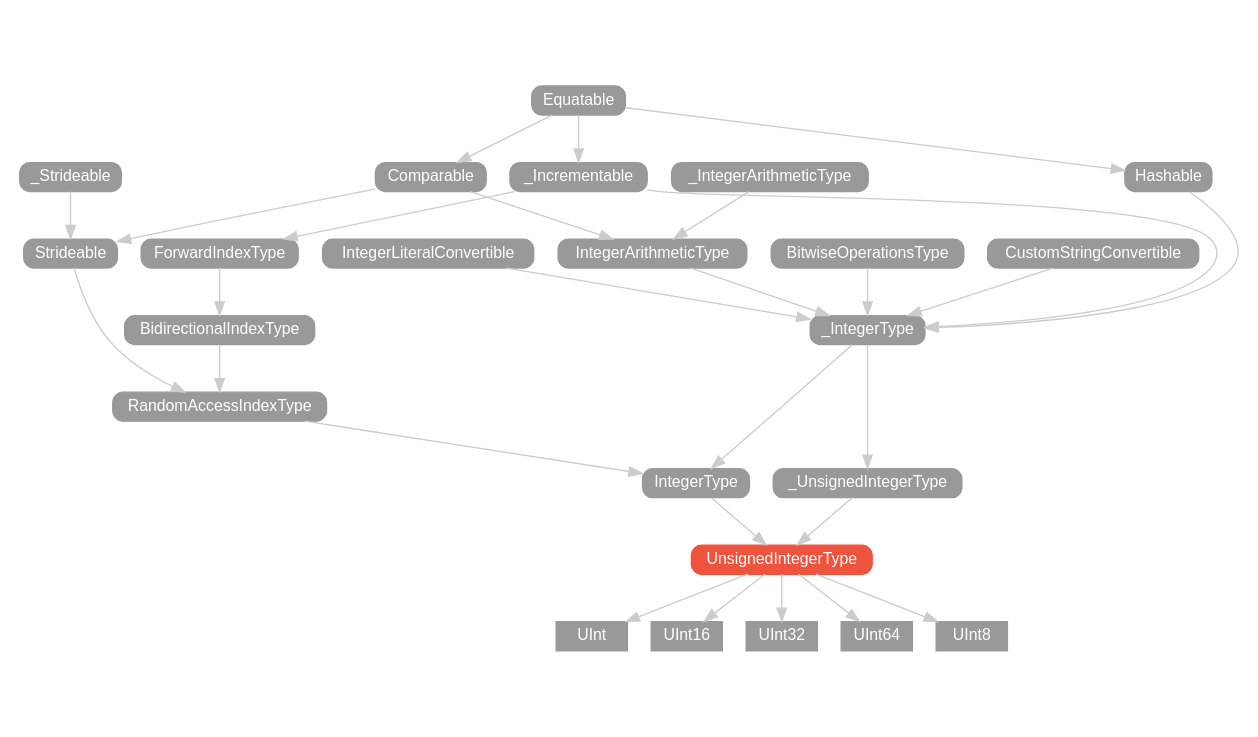
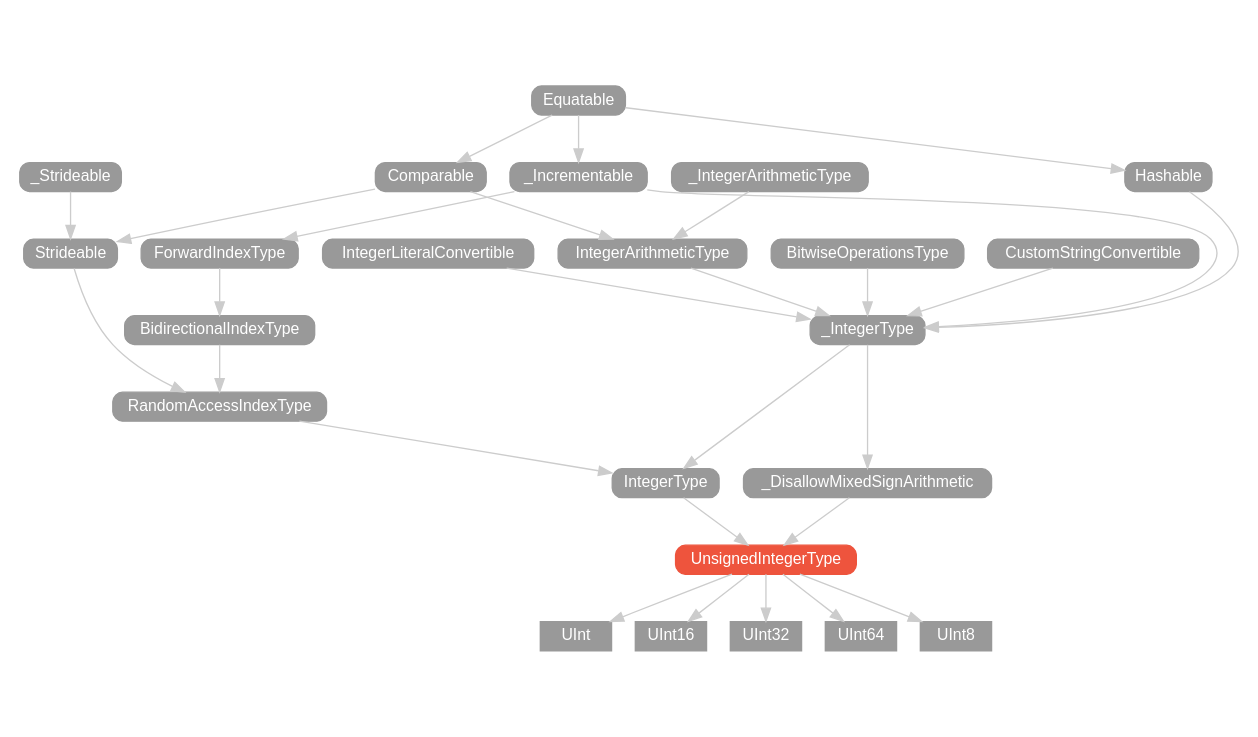
Before and after one commit to SwiftDocOrg/swiftdoc.org: the diagram in swift-2/protocol/UnsignedIntegerType/hierarchy/index.dot, drawn with Graphviz. The commit also changed 541 other files, not shown here.

```diff
--- a/swift-2/protocol/UnsignedIntegerType/hierarchy/index.dot
+++ b/swift-2/protocol/UnsignedIntegerType/hierarchy/index.dot
@@ -1,70 +1,70 @@
 strict digraph "UnsignedIntegerType - Type Hierarchy - SwiftDoc.org" {
     pad="0.1,0.8"
     node [shape=box, style="filled,rounded", color="#999999", fillcolor="#999999", fontcolor=white, fontname=Helvetica, fontnames="Helvetica,sansserif", fontsize=12, margin="0.07,0.05", height="0.3"]
     edge [color="#cccccc"]
     "BidirectionalIndexType" [URL="/protocol/BidirectionalIndexType/"]
     "BitwiseOperationsType" [URL="/protocol/BitwiseOperationsType/"]
     "Comparable" [URL="/protocol/Comparable/"]
     "CustomStringConvertible" [URL="/protocol/CustomStringConvertible/"]
     "Equatable" [URL="/protocol/Equatable/"]
     "ForwardIndexType" [URL="/protocol/ForwardIndexType/"]
     "Hashable" [URL="/protocol/Hashable/"]
     "IntegerArithmeticType" [URL="/protocol/IntegerArithmeticType/"]
     "IntegerLiteralConvertible" [URL="/protocol/IntegerLiteralConvertible/"]
     "IntegerType" [URL="/protocol/IntegerType/"]
     "RandomAccessIndexType" [URL="/protocol/RandomAccessIndexType/"]
     "Strideable" [URL="/protocol/Strideable/"]
     "UInt" [URL="/type/UInt/", style=filled]
     "UInt16" [URL="/type/UInt16/", style=filled]
     "UInt32" [URL="/type/UInt32/", style=filled]
     "UInt64" [URL="/type/UInt64/", style=filled]
     "UInt8" [URL="/type/UInt8/", style=filled]
     "UnsignedIntegerType" [URL="/protocol/UnsignedIntegerType/", style="filled,rounded", fillcolor="#ee543d", color="#ee543d"]
+    "_DisallowMixedSignArithmetic" [URL="/protocol/_DisallowMixedSignArithmetic/"]
     "_Incrementable" [URL="/protocol/_Incrementable/"]
     "_IntegerArithmeticType" [URL="/protocol/_IntegerArithmeticType/"]
     "_IntegerType" [URL="/protocol/_IntegerType/"]
-    "_Strideable" [URL="/protocol/_Strideable/"]
-    "_UnsignedIntegerType" [URL="/protocol/_UnsignedIntegerType/"]    "UnsignedIntegerType" -> "UInt"
+    "_Strideable" [URL="/protocol/_Strideable/"]    "UnsignedIntegerType" -> "UInt"
     "UnsignedIntegerType" -> "UInt16"
     "UnsignedIntegerType" -> "UInt32"
     "UnsignedIntegerType" -> "UInt64"
     "UnsignedIntegerType" -> "UInt8"
-    "_UnsignedIntegerType" -> "UnsignedIntegerType"
+    "_DisallowMixedSignArithmetic" -> "UnsignedIntegerType"
     "IntegerType" -> "UnsignedIntegerType"
-    "_IntegerType" -> "_UnsignedIntegerType"
+    "_IntegerType" -> "_DisallowMixedSignArithmetic"
     "IntegerLiteralConvertible" -> "_IntegerType"
     "CustomStringConvertible" -> "_IntegerType"
     "Hashable" -> "_IntegerType"
     "IntegerArithmeticType" -> "_IntegerType"
     "BitwiseOperationsType" -> "_IntegerType"
     "_Incrementable" -> "_IntegerType"
     "Equatable" -> "Hashable"
     "_IntegerArithmeticType" -> "IntegerArithmeticType"
     "Comparable" -> "IntegerArithmeticType"
     "Equatable" -> "Comparable"
     "Equatable" -> "_Incrementable"
     "_IntegerType" -> "IntegerType"
     "RandomAccessIndexType" -> "IntegerType"
     "IntegerLiteralConvertible" -> "_IntegerType"
     "CustomStringConvertible" -> "_IntegerType"
     "Hashable" -> "_IntegerType"
     "IntegerArithmeticType" -> "_IntegerType"
     "BitwiseOperationsType" -> "_IntegerType"
     "_Incrementable" -> "_IntegerType"
     "Equatable" -> "Hashable"
     "_IntegerArithmeticType" -> "IntegerArithmeticType"
     "Comparable" -> "IntegerArithmeticType"
     "Equatable" -> "Comparable"
     "Equatable" -> "_Incrementable"
     "BidirectionalIndexType" -> "RandomAccessIndexType"
     "Strideable" -> "RandomAccessIndexType"
     "ForwardIndexType" -> "BidirectionalIndexType"
     "_Incrementable" -> "ForwardIndexType"
     "Equatable" -> "_Incrementable"
     "Comparable" -> "Strideable"
     "_Strideable" -> "Strideable"
     "Equatable" -> "Comparable"
     subgraph Types {
         rank = max; "UInt"; "UInt16"; "UInt32"; "UInt64"; "UInt8";
     }
 }
```
